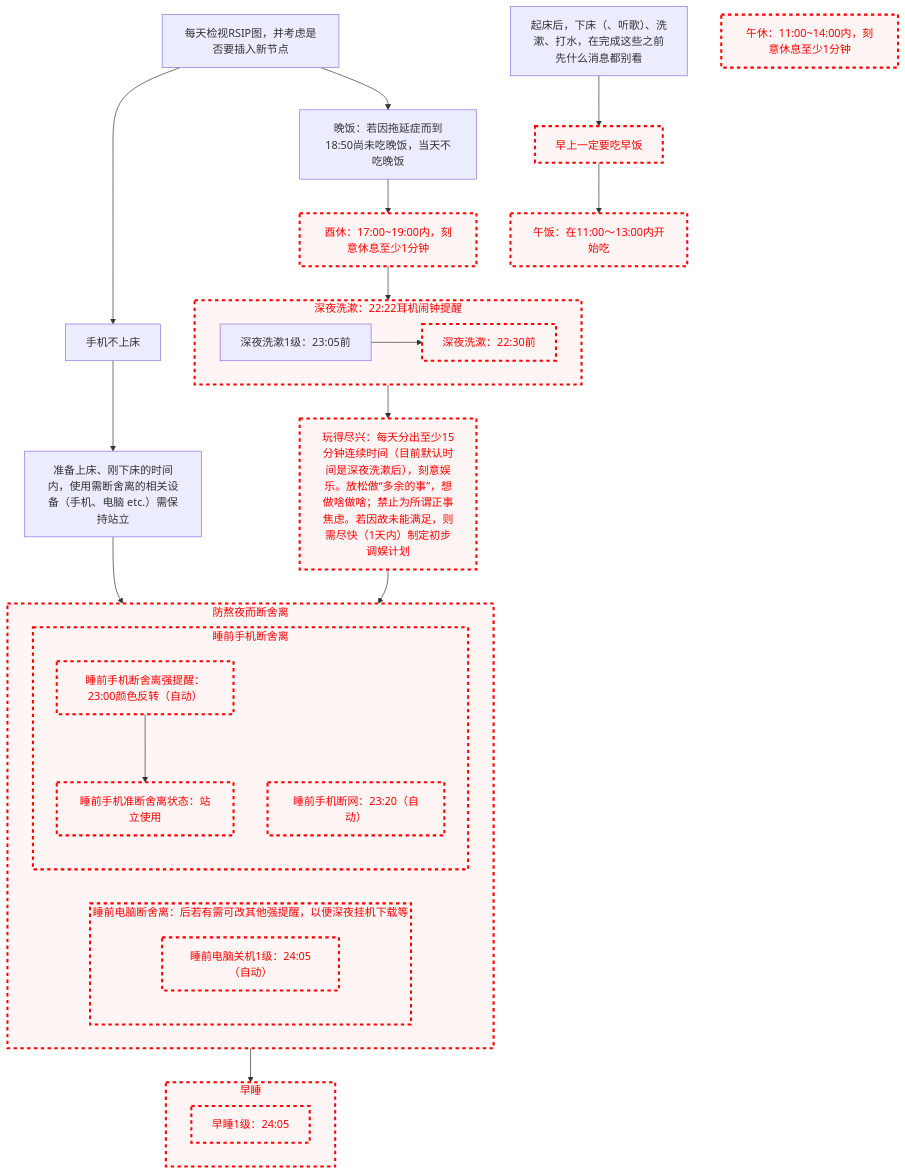
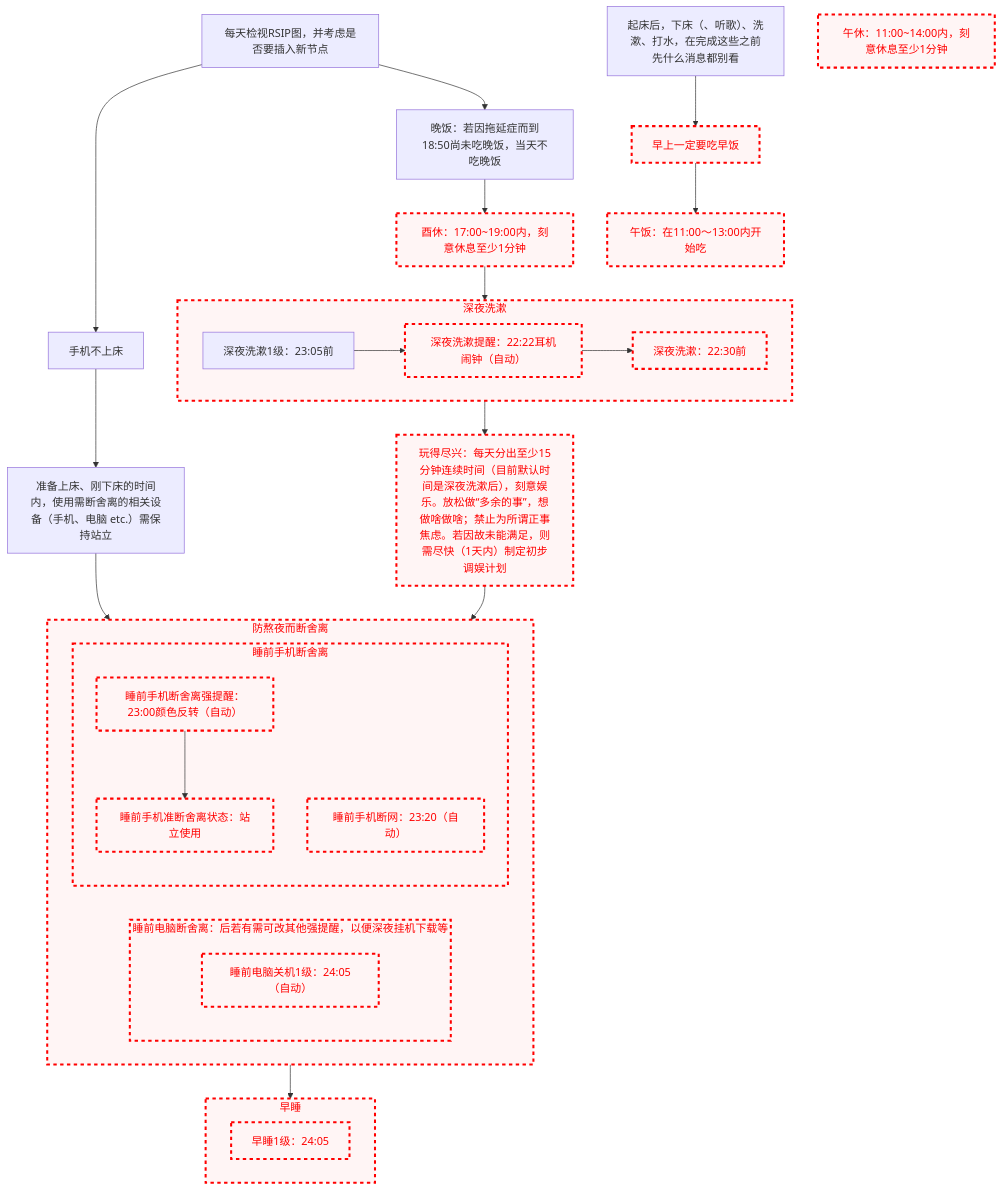
The diagram in README.md (Ethkuil/RSIP-tree), drawn with Mermaid before and after one commit.

Commit message:
refactor: 将深夜洗漱提醒作为单独节点
因为耳机闹钟真的没响，调试闹麻了

````diff
--- a/README.md
+++ b/README.md
@@ -14,62 +14,64 @@
 ```mermaid
 graph TD
 
 classDef failed stroke:#ff0000, stroke-width:3px, color:#ff0000, fill:#fff5f5, stroke-dasharray: 5
 
 RSIP[每天检视RSIP图，并考虑是否要插入新节点]
 
 
 RSIP --> 手机不上床
 手机不上床 --> 站立使用[准备上床、刚下床的时间内，使用需断舍离的相关设备（手机、电脑 etc.）需保持站立]
 
 RSIP --> 晚饭[晚饭：若因拖延症而到18:50尚未吃晚饭，当天不吃晚饭]
 晚饭 --> 酉休[酉休：17:00~19:00内，刻意休息至少1分钟]
 class 酉休 failed
 酉休 --> 深夜洗漱
-subgraph 深夜洗漱[深夜洗漱：22:22耳机闹钟提醒]
+subgraph 深夜洗漱
   深夜洗漱1级[深夜洗漱1级：23:05前]
-  深夜洗漱1级 --> 深夜洗漱最高级[深夜洗漱：22:30前]
+  深夜洗漱1级 --> 深夜洗漱提醒[深夜洗漱提醒：22:22耳机闹钟（自动）]
+  class 深夜洗漱提醒 failed
+  深夜洗漱提醒 --> 深夜洗漱最高级[深夜洗漱：22:30前]
   class 深夜洗漱最高级 failed
 end
 class 深夜洗漱 failed
 深夜洗漱 --> 玩得尽兴[玩得尽兴：每天分出至少15分钟连续时间（目前默认时间是深夜洗漱后），刻意娱乐。放松做“多余的事”，想做啥做啥；禁止为所谓正事焦虑。若因故未能满足，则需尽快（1天内）制定初步调娱计划]
 class 玩得尽兴 failed
 
 站立使用 --> 防熬夜而断舍离
 玩得尽兴 --> 防熬夜而断舍离
 subgraph 防熬夜而断舍离
   subgraph 睡前电脑断舍离[睡前电脑断舍离：后若有需可改其他强提醒，以便深夜挂机下载等]
     睡前电脑关机1级[睡前电脑关机1级：24:05（自动）]
     class 睡前电脑关机1级 failed
   end
   class 睡前电脑断舍离 failed
 
   subgraph 睡前手机断舍离
     睡前手机断舍离强提醒[睡前手机断舍离强提醒：23:00颜色反转（自动）]
     class 睡前手机断舍离强提醒 failed
     睡前手机断舍离强提醒 --> 睡前手机准断舍离状态[睡前手机准断舍离状态：站立使用]
     class 睡前手机准断舍离状态 failed
     睡前手机断网[睡前手机断网：23:20（自动）]
     class 睡前手机断网 failed
   end
   class 睡前手机断舍离 failed
 end
 class 防熬夜而断舍离 failed
 防熬夜而断舍离 --> 早睡
 subgraph 早睡
   早睡1级[早睡1级：24:05]
   class 早睡1级 failed
 end
 class 早睡 failed
 
 
 清晨洗漱[起床后，下床（、听歌）、洗漱、打水，在完成这些之前先什么消息都别看]
 
 清晨洗漱 --> 早饭[早上一定要吃早饭]
 class 早饭 failed
 早饭 --> 午饭[午饭：在11:00～13:00内开始吃]
 class 午饭 failed
 
 午休[午休：11:00~14:00内，刻意休息至少1分钟]
 class 午休 failed
 ```
````
